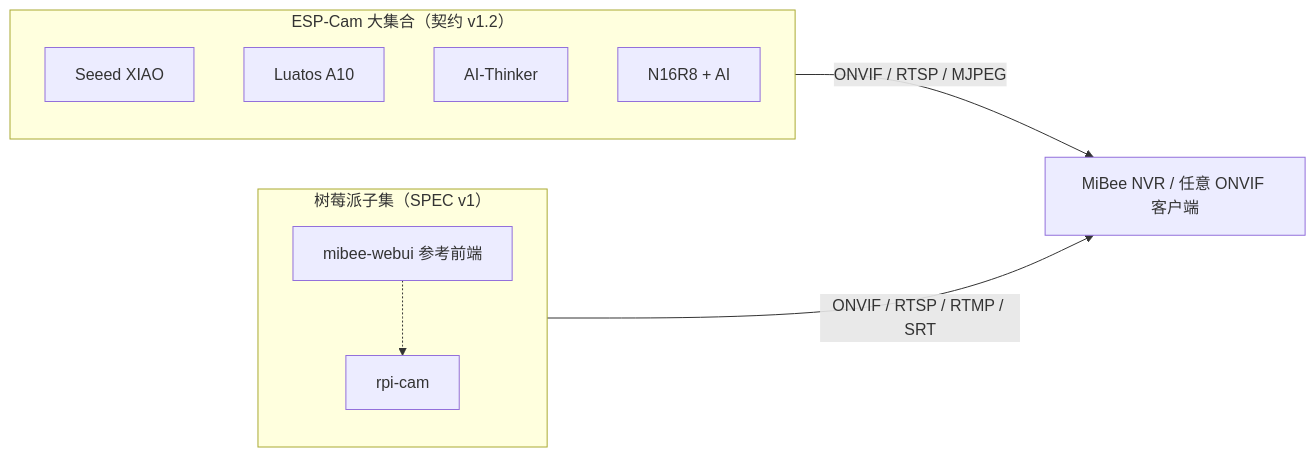
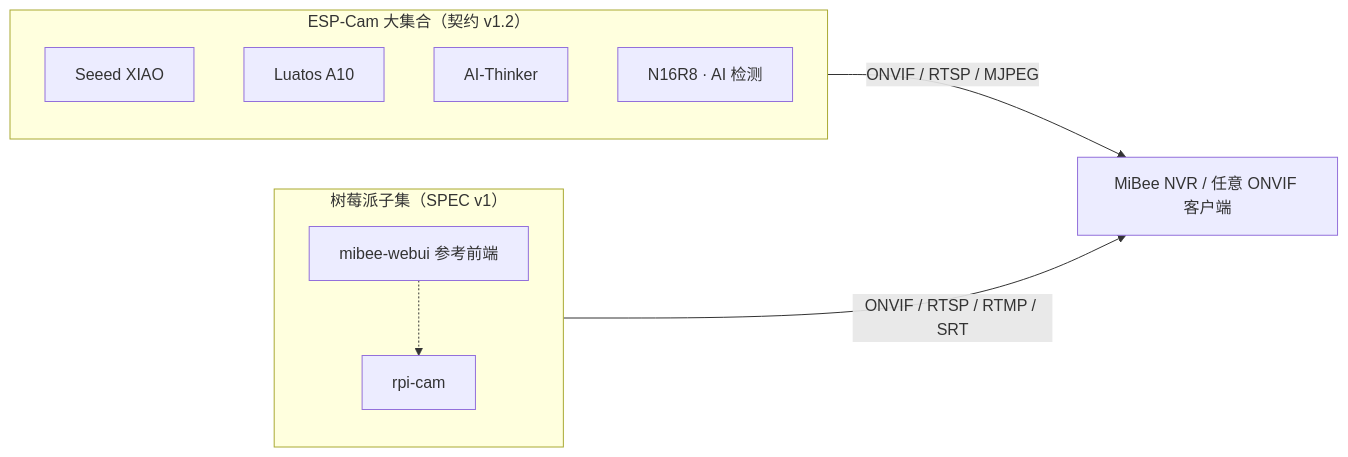
The diagram in mibeecam/zh-CN/overview.md (Mi-Bee-Studio/mibee-docs), drawn with Mermaid before and after one commit. The commit also changed other lines of this file and 1 other file, not shown here.

````diff
--- a/mibeecam/zh-CN/overview.md
+++ b/mibeecam/zh-CN/overview.md
@@ -26,16 +26,16 @@
 ```mermaid
 flowchart LR
     subgraph espcam [ESP-Cam 大集合（契约 v1.2）]
         A[Seeed XIAO]
         B[Luatos A10]
         C[AI-Thinker]
-        D[N16R8 + AI]
+        D["N16R8 · AI 检测"]
     end
     subgraph raspi [树莓派子集（SPEC v1）]
         E[rpi-cam]
         W[mibee-webui 参考前端]
     end
     espcam -->|ONVIF / RTSP / MJPEG| NVR[MiBee NVR / 任意 ONVIF 客户端]
     raspi -->|ONVIF / RTSP / RTMP / SRT| NVR
     W -.-> E
 ```
````
